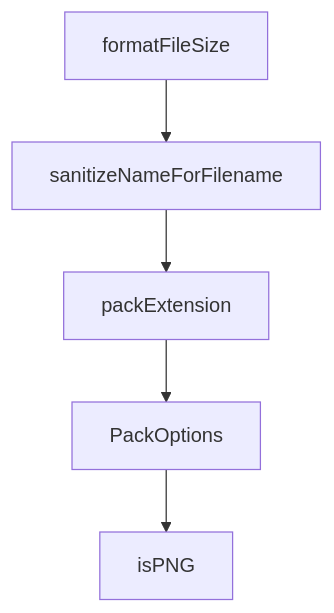
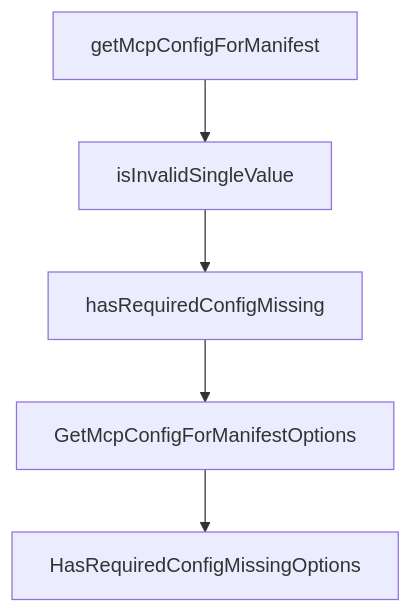
One commit to johnxie/awesome-code-docs changed the diagram in tutorials/mcpb-tutorial/07-examples-language-patterns-and-distribution-readiness.md. Above: the diagram before and after it, drawn with Mermaid. The commit also changed other lines of this file and 1232 other files, not shown here.

````diff
--- a/tutorials/mcpb-tutorial/07-examples-language-patterns-and-distribution-readiness.md
+++ b/tutorials/mcpb-tutorial/07-examples-language-patterns-and-distribution-readiness.md
@@ -211,12 +209,12 @@
 ```mermaid
 flowchart TD
-    A[formatFileSize]
-    B[sanitizeNameForFilename]
-    C[packExtension]
-    D[PackOptions]
-    E[isPNG]
+    A[getMcpConfigForManifest]
+    B[isInvalidSingleValue]
+    C[hasRequiredConfigMissing]
+    D[GetMcpConfigForManifestOptions]
+    E[HasRequiredConfigMissingOptions]
     A --> B
     B --> C
     C --> D
     D --> E
 ```
````
